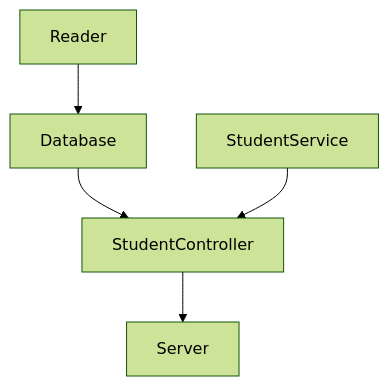
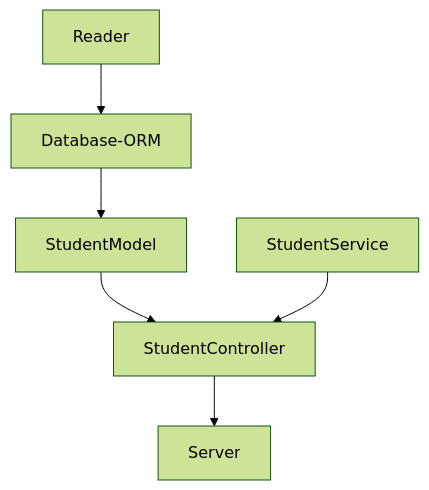
One commit to raulquintero13/code_challenge_vt_api changed the diagram in README.md. Above: the diagram before and after it, drawn with Mermaid (forest theme). The commit also changed other lines of this file, not shown here.

````diff
--- a/README.md
+++ b/README.md
@@ -30,7 +30,8 @@
 ```mermaid
 graph TD;
-    Reader-->Database;
-    Database-->StudentController;
-    StudentService-->StudentController
-    StudentController-->Server
+    Reader-->Database-ORM;
+    Database-ORM -->StudentModel;
+    StudentModel-->StudentController;
+    StudentService-->StudentController;
+    StudentController-->Server;
 ```
````
